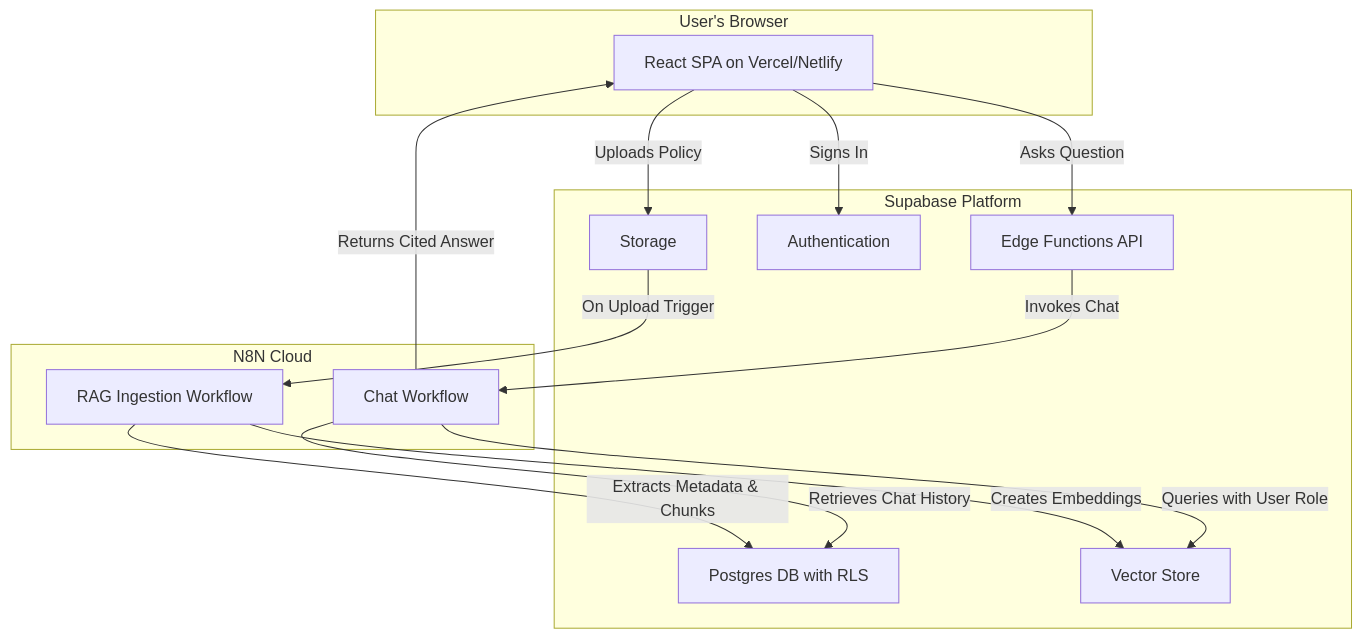
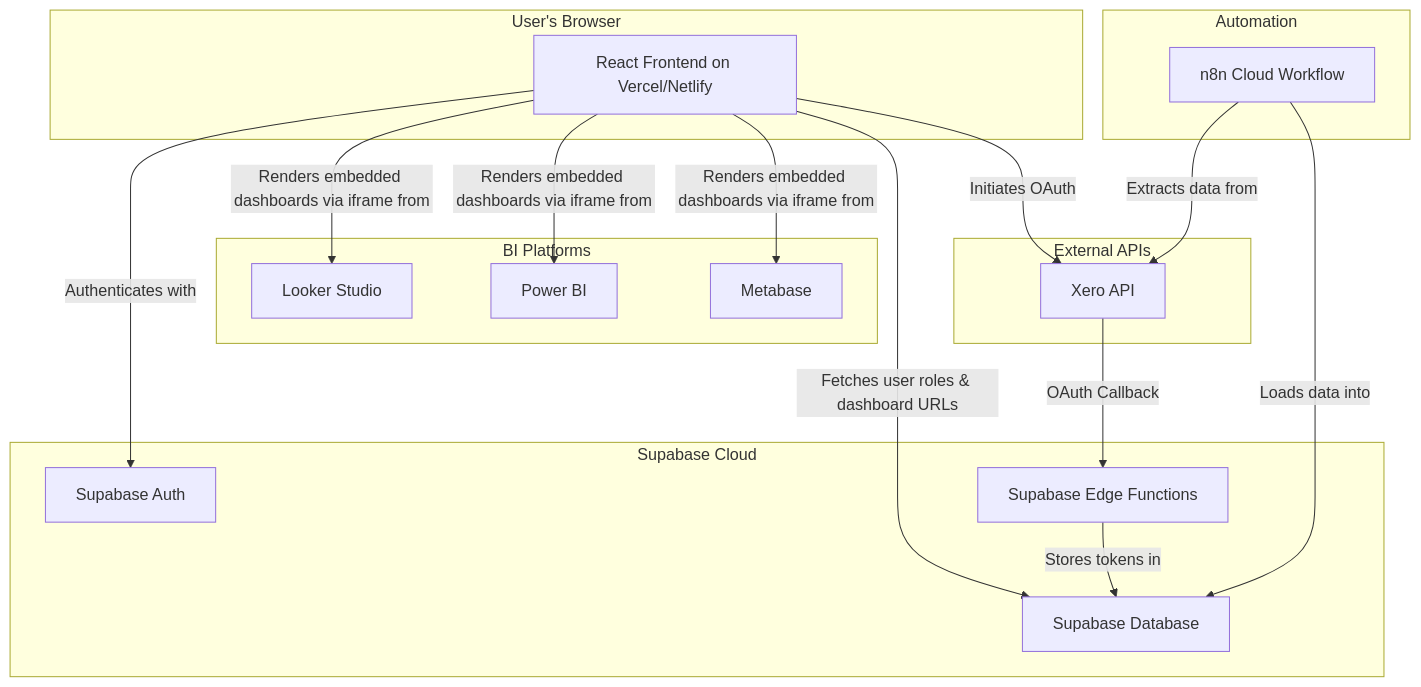
One commit to CoralShades/dashboards changed the diagram in docs/architecture/high-level-architecture.md. Above: the diagram before and after it, drawn with Mermaid. The commit also changed other lines of this file and 24 other files, not shown here.

First line of the commit message:
Implement BI Dashboard Portal with Xero integration

````diff
--- a/docs/architecture/high-level-architecture.md
+++ b/docs/architecture/high-level-architecture.md
@@ -8,33 +11,39 @@
 ```mermaid
 graph TD
-    subgraph "User's Browser"
-        A[React SPA on Vercel/Netlify]
+    subgraph User's Browser
+        A[React Frontend on Vercel/Netlify]
     end
 
-    subgraph "Supabase Platform"
-        B[Edge Functions API]
-        C[Authentication]
-        D[Storage]
-        E[Postgres DB with RLS]
-        F[Vector Store]
+    subgraph Supabase Cloud
+        B[Supabase Auth]
+        C[Supabase Database]
+        D[Supabase Edge Functions]
     end
 
-    subgraph "N8N Cloud"
-        G[RAG Ingestion Workflow]
-        H[Chat Workflow]
+    subgraph BI Platforms
+        E[Looker Studio]
+        F[Power BI]
+        G[Metabase]
+    end
+    
+    subgraph Automation
+        H[n8n Cloud Workflow]
     end
 
-    A -- "Signs In" --> C
-    A -- "Uploads Policy" --> D
-    A -- "Asks Question" --> B
+    subgraph External APIs
+        I[Xero API]
+    end
+
+    A -- Authenticates with --> B;
+    A -- Fetches user roles & dashboard URLs --> C;
+    A -- Renders embedded dashboards via iframe from --> E;
+    A -- Renders embedded dashboards via iframe from --> F;
+    A -- Renders embedded dashboards via iframe from --> G;
     
-    D -- "On Upload Trigger" --> G
-    B -- "Invokes Chat" --> H
+    A -- Initiates OAuth --> I;
+    I -- OAuth Callback --> D;
+    D -- Stores tokens in --> C;
 
-    G -- "Extracts Metadata & Chunks" --> E
-    G -- "Creates Embeddings" --> F
-
-    H -- "Queries with User Role" --> F
-    H -- "Retrieves Chat History" --> E
-    H -- "Returns Cited Answer" --> A
+    H -- Extracts data from --> I;
+    H -- Loads data into --> C;
 ```
````
